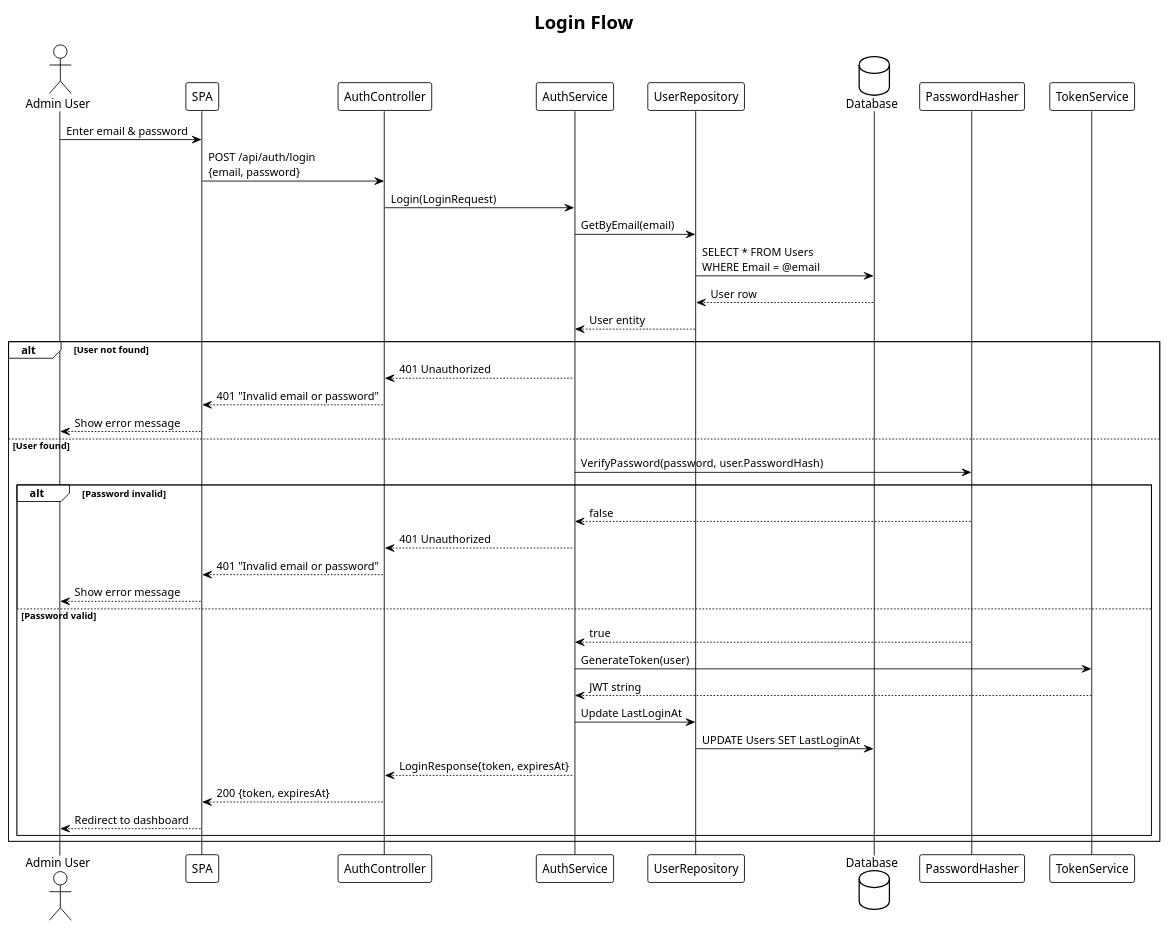
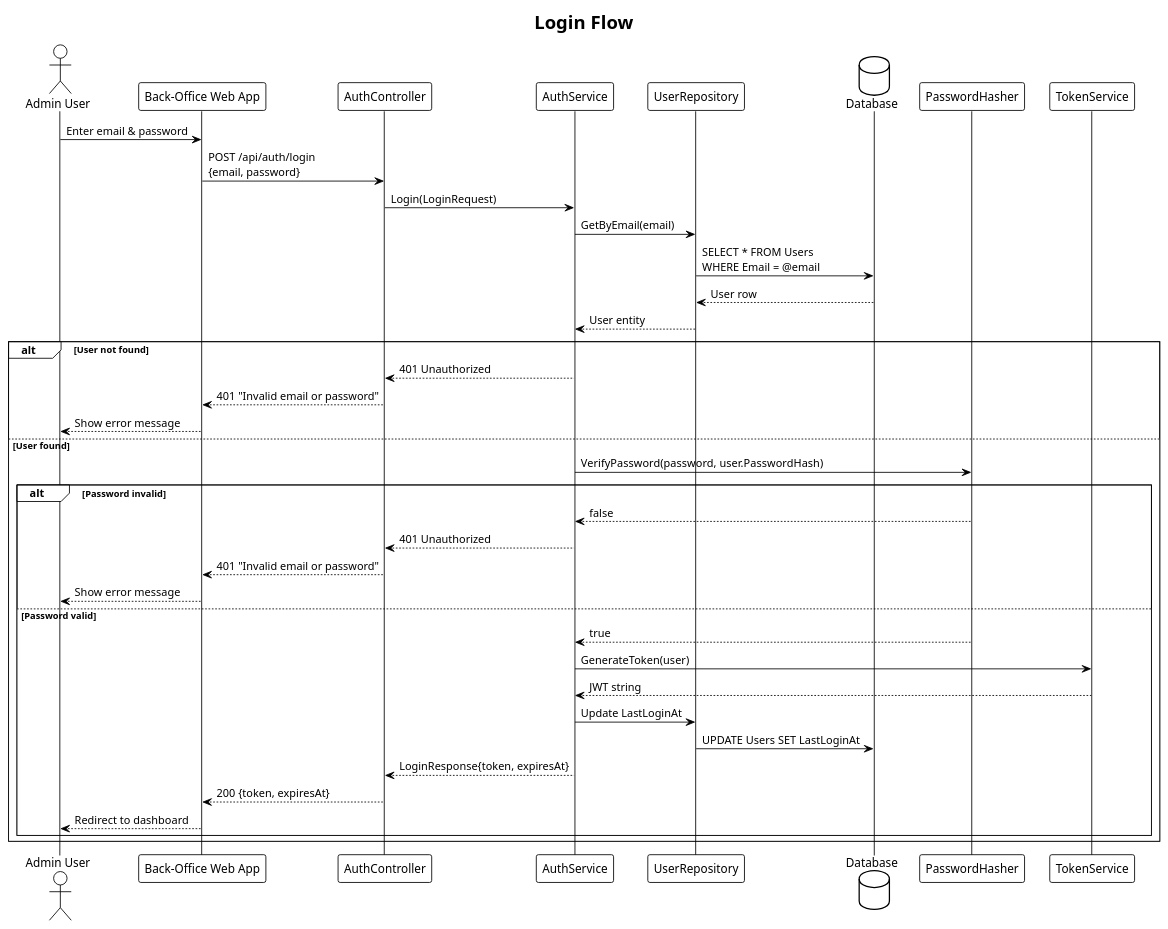
One commit to QuinntyneBrown/Blog changed the diagram in docs/detailed-designs/01-authentication/diagrams/sequence_login.puml. Above: the diagram before and after it, drawn with PlantUML. The commit also changed 18 other files, not shown here.

```diff
--- a/docs/detailed-designs/01-authentication/diagrams/sequence_login.puml
+++ b/docs/detailed-designs/01-authentication/diagrams/sequence_login.puml
@@ -1,46 +1,46 @@
 @startuml sequence_login
 !theme plain
 
 title Login Flow
 
 actor "Admin User" as user
-participant "SPA" as spa
+participant "Back-Office Web App" as web
 participant "AuthController" as ctrl
 participant "AuthService" as svc
 participant "UserRepository" as repo
 database "Database" as db
 participant "PasswordHasher" as hasher
 participant "TokenService" as token
 
-user -> spa : Enter email & password
-spa -> ctrl : POST /api/auth/login\n{email, password}
+user -> web : Enter email & password
+web -> ctrl : POST /api/auth/login\n{email, password}
 ctrl -> svc : Login(LoginRequest)
 svc -> repo : GetByEmail(email)
 repo -> db : SELECT * FROM Users\nWHERE Email = @email
 db --> repo : User row
 repo --> svc : User entity
 
 alt User not found
     svc --> ctrl : 401 Unauthorized
-    ctrl --> spa : 401 "Invalid email or password"
-    spa --> user : Show error message
+    ctrl --> web : 401 "Invalid email or password"
+    web --> user : Show error message
 else User found
     svc -> hasher : VerifyPassword(password, user.PasswordHash)
     alt Password invalid
         hasher --> svc : false
         svc --> ctrl : 401 Unauthorized
-        ctrl --> spa : 401 "Invalid email or password"
-        spa --> user : Show error message
+        ctrl --> web : 401 "Invalid email or password"
+        web --> user : Show error message
     else Password valid
         hasher --> svc : true
         svc -> token : GenerateToken(user)
         token --> svc : JWT string
         svc -> repo : Update LastLoginAt
         repo -> db : UPDATE Users SET LastLoginAt
         svc --> ctrl : LoginResponse{token, expiresAt}
-        ctrl --> spa : 200 {token, expiresAt}
-        spa --> user : Redirect to dashboard
+        ctrl --> web : 200 {token, expiresAt}
+        web --> user : Redirect to dashboard
     end
 end
 
 @enduml
```
